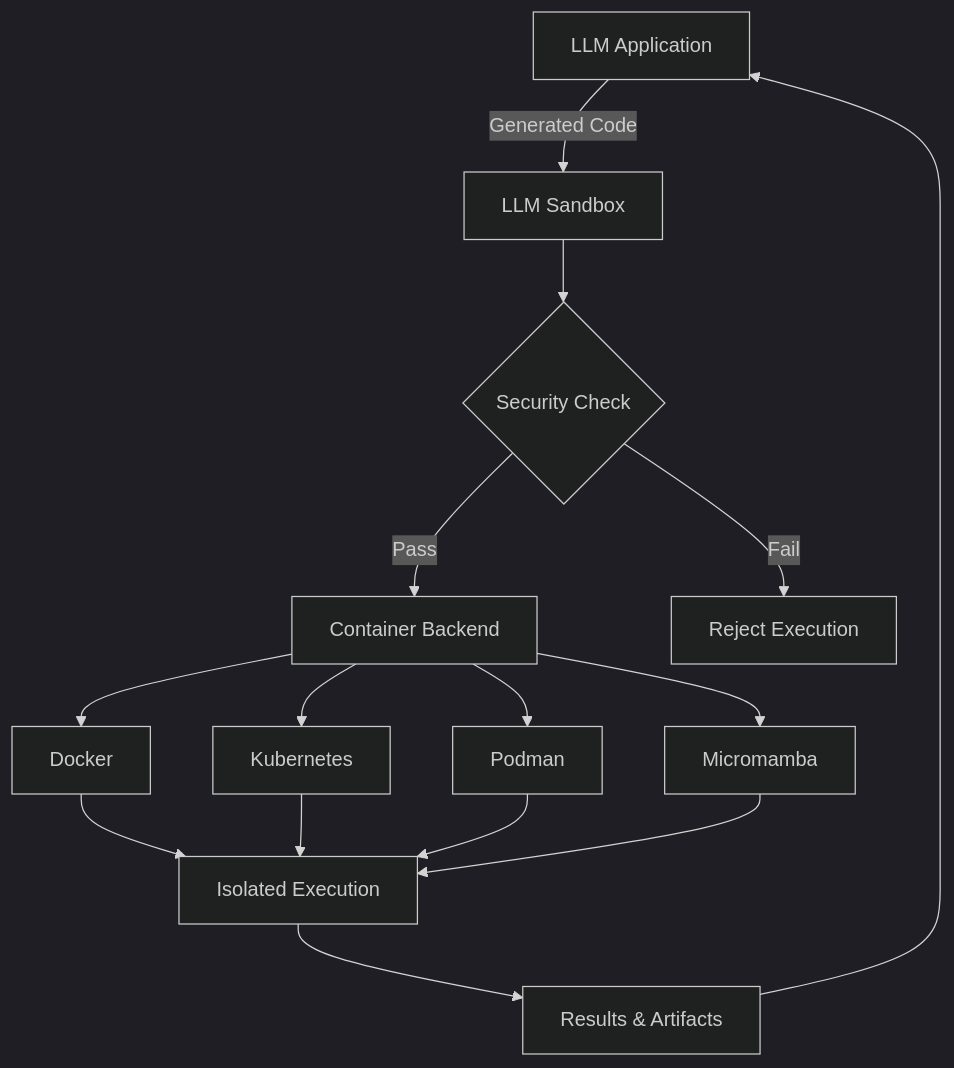
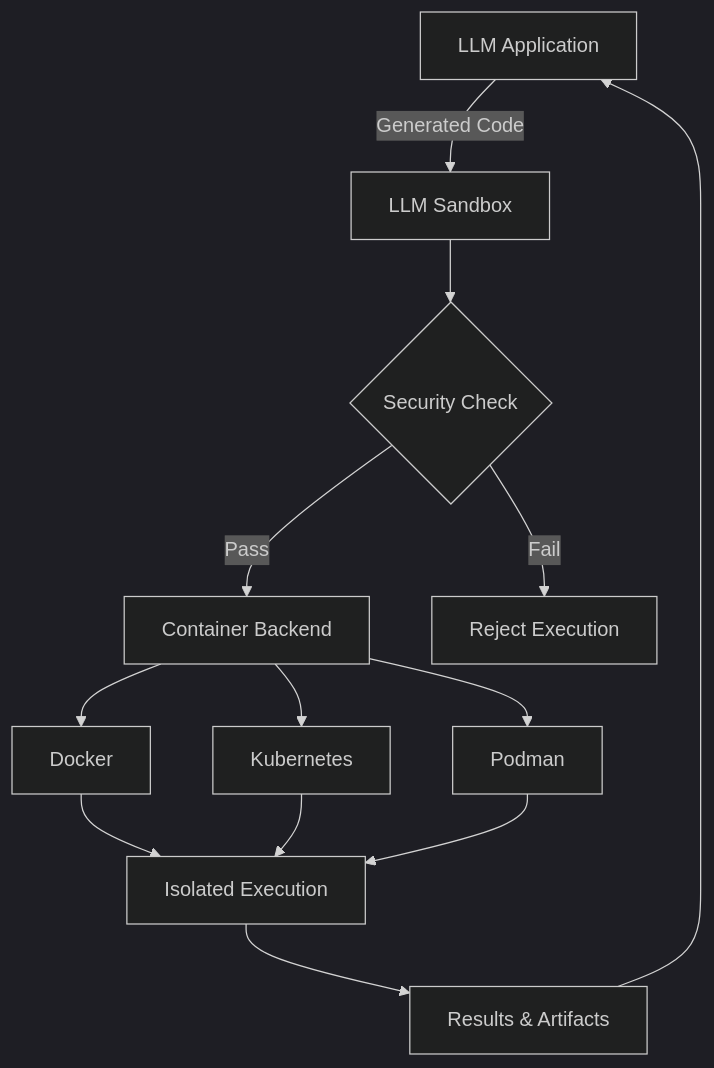
One commit to vndee/llm-sandbox changed the diagram in docs/index.md. Above: the diagram before and after it, drawn with Mermaid (dark theme). The commit also changed other lines of this file and 37 other files, not shown here.

````diff
--- a/docs/index.md
+++ b/docs/index.md
@@ -137,17 +117,15 @@
 ```mermaid
 graph TD
     A[LLM Application] -->|Generated Code| B[LLM Sandbox]
     B --> C{Security Check}
     C -->|Pass| D[Container Backend]
     C -->|Fail| E[Reject Execution]
     D --> F[Docker]
     D --> G[Kubernetes]
     D --> H[Podman]
-    D --> I[Micromamba]
     F --> J[Isolated Execution]
     G --> J
     H --> J
-    I --> J
     J --> K[Results & Artifacts]
     K --> A
 ```
````
